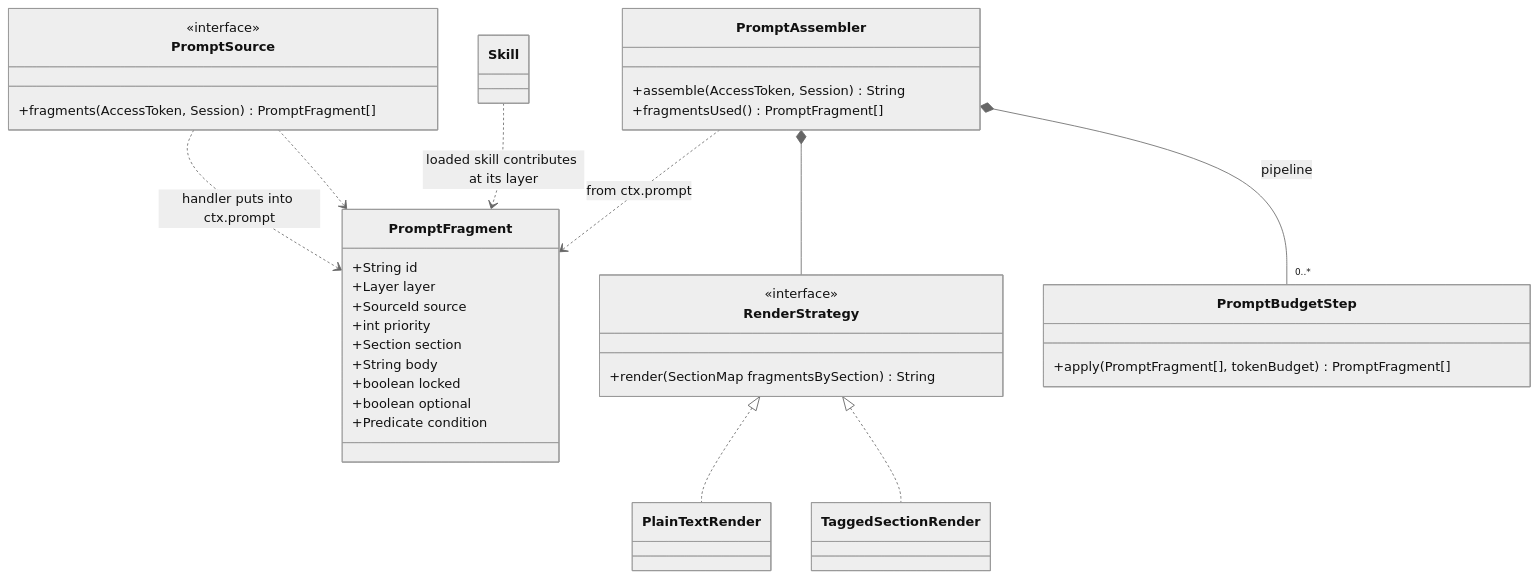
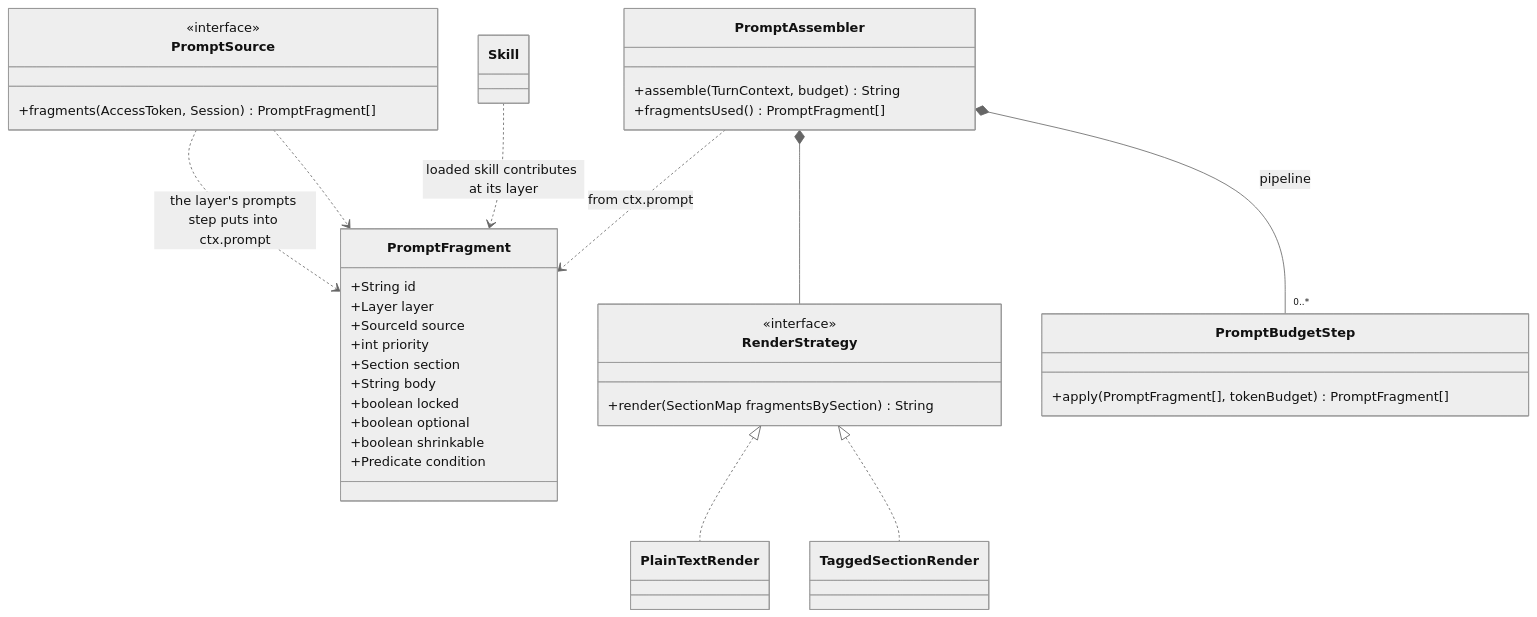
One commit to jstormes/QuickAI2 changed the fifth of 7 diagrams in design/06-object-model.md. Above: the diagram before and after it, drawn with Mermaid (neutral theme). The commit also changed other lines of this file and 14 other files, not shown here.

````diff
--- a/design/06-object-model.md
+++ b/design/06-object-model.md
@@ -593,40 +622,41 @@
 ```mermaid
 classDiagram
     class PromptFragment {
         +String id
         +Layer layer
         +SourceId source
         +int priority
         +Section section
         +String body
         +boolean locked
         +boolean optional
+        +boolean shrinkable
         +Predicate condition
     }
     class PromptSource {
         <<interface>>
         +fragments(AccessToken, Session) PromptFragment[]
     }
     class PromptAssembler {
-        +assemble(AccessToken, Session) String
+        +assemble(TurnContext, budget) String
         +fragmentsUsed() PromptFragment[]
     }
     class RenderStrategy {
         <<interface>>
         +render(SectionMap fragmentsBySection) String
     }
     class PlainTextRender
     class TaggedSectionRender
     class PromptBudgetStep {
         +apply(PromptFragment[], tokenBudget) PromptFragment[]
     }
 
     PromptAssembler ..> PromptFragment : from ctx.prompt
-    PromptSource ..> PromptFragment : handler puts into ctx.prompt
+    PromptSource ..> PromptFragment : the layer's prompts step puts into ctx.prompt
     Skill ..> PromptFragment : loaded skill contributes at its layer
     PromptAssembler *-- RenderStrategy
     PromptAssembler *-- "0..*" PromptBudgetStep : pipeline
     RenderStrategy <|.. PlainTextRender
     RenderStrategy <|.. TaggedSectionRender
     PromptSource ..> PromptFragment
 ```
````
